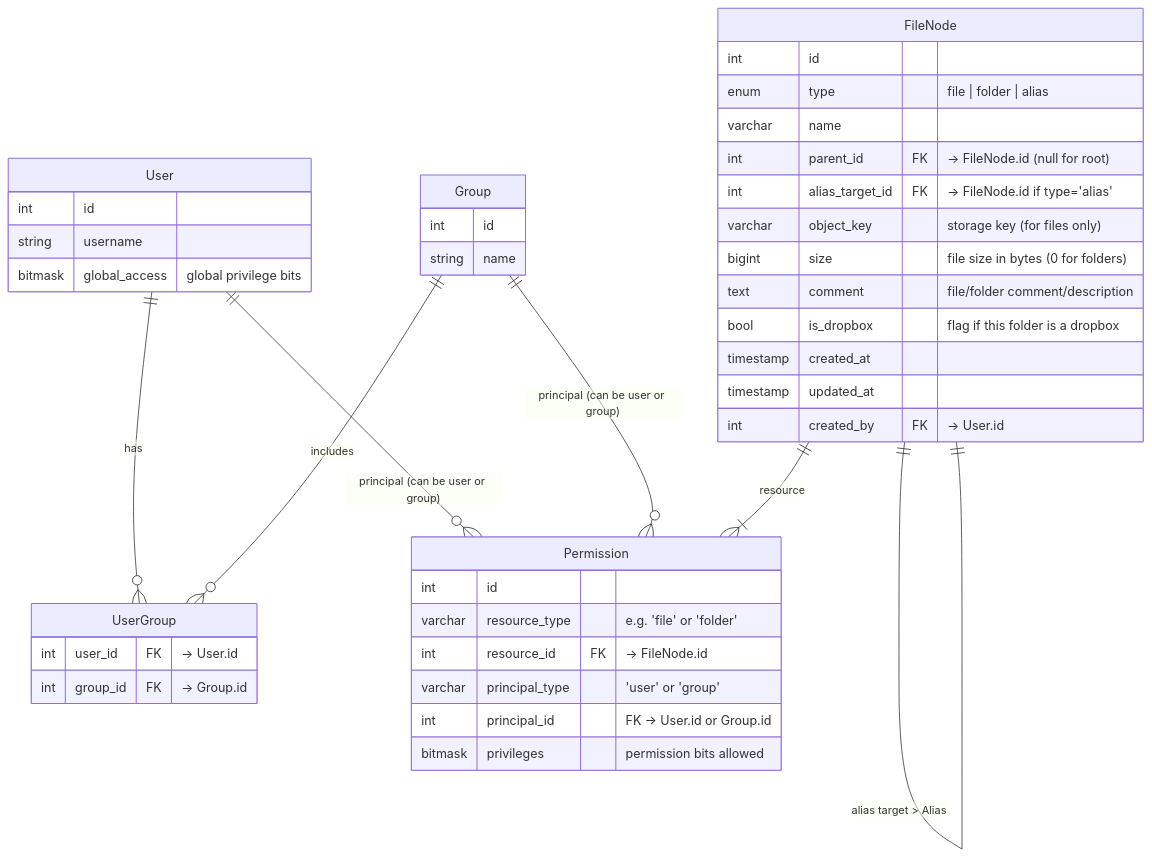
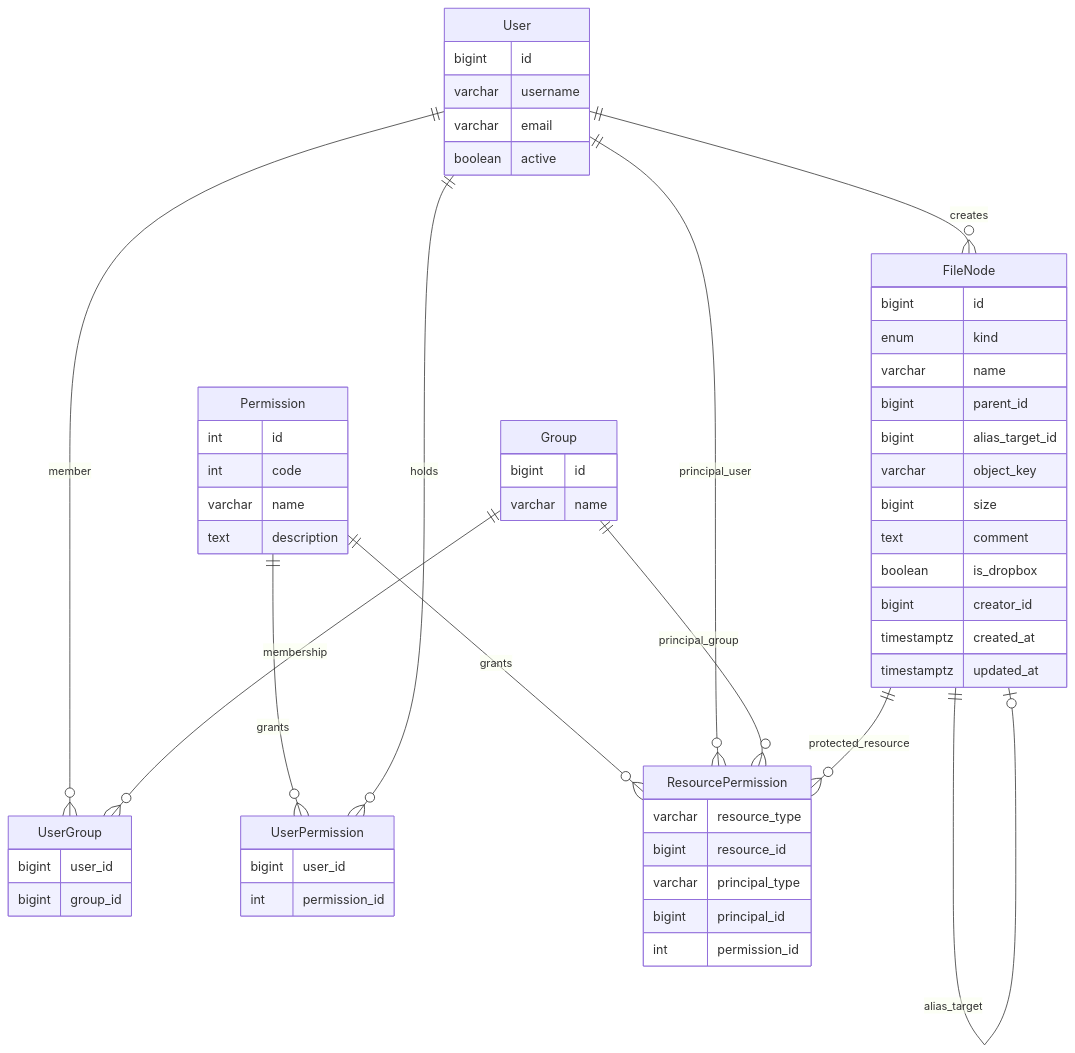
The diagram in docs/file-sharing-design.md (leynos/mxd), drawn with Mermaid before and after one commit. The commit also changed other lines of this file and 19 other files, not shown here.

First line of the commit message:
Implement file-node schema and ACL model

````diff
--- a/docs/file-sharing-design.md
+++ b/docs/file-sharing-design.md
@@ -102,47 +104,66 @@
 ```mermaid
 erDiagram
-    User ||--o{ UserGroup : has
-    Group ||--o{ UserGroup : includes
-    User ||--o{ Permission : "principal (can be user or group)"
-    Group ||--o{ Permission : "principal (can be user or group)"
-    FileNode ||--o{ FileNode : "contains > Children"
-    FileNode ||--|{ Permission : "resource"
-    FileNode ||--|| FileNode : "alias target > Alias"
-    
+    FileNode {
+        bigint id
+        enum kind
+        varchar name
+        bigint parent_id
+        bigint alias_target_id
+        varchar object_key
+        bigint size
+        text comment
+        boolean is_dropbox
+        bigint creator_id
+        timestamptz created_at
+        timestamptz updated_at
+    }
+
     User {
-        int id
-        string username
-        bitmask global_access "global privilege bits"
-        %% ... other fields ...
+        bigint id
+        varchar username
+        varchar email
+        boolean active
     }
+
     Group {
-        int id
-        string name
+        bigint id
+        varchar name
     }
+
     UserGroup {
-        int user_id FK "-> User.id"
-        int group_id FK "-> Group.id"
+        bigint user_id
+        bigint group_id
     }
-    FileNode {
-        int id
-        enum type "file | folder | alias"
-        varchar name
-        int parent_id FK "-> FileNode.id (null for root)"
-        int alias_target_id FK "-> FileNode.id if type='alias'"
-        varchar object_key "storage key (for files only)"
-        bigint size "file size in bytes (0 for folders)"
-        text comment "file/folder comment/description"
-        bool is_dropbox "flag if this folder is a dropbox"
-        timestamp created_at
-        timestamp updated_at
-        int created_by FK "-> User.id"
-    }
+
     Permission {
         int id
-        varchar resource_type "e.g. 'file' or 'folder'"
-        int resource_id FK "-> FileNode.id"
-        varchar principal_type "'user' or 'group'"
-        int principal_id "FK -> User.id or Group.id"
-        bitmask privileges "permission bits allowed"
+        int code
+        varchar name
+        text description
     }
+
+    UserPermission {
+        bigint user_id
+        int permission_id
+    }
+
+    ResourcePermission {
+        varchar resource_type
+        bigint resource_id
+        varchar principal_type
+        bigint principal_id
+        int permission_id
+    }
+
+    FileNode ||--o| FileNode : parent
+    FileNode ||--o| FileNode : alias_target
+    User ||--o{ FileNode : creates
+    User ||--o{ UserGroup : member
+    Group ||--o{ UserGroup : membership
+    Permission ||--o{ UserPermission : grants
+    User ||--o{ UserPermission : holds
+    Permission ||--o{ ResourcePermission : grants
+    User ||--o{ ResourcePermission : principal_user
+    Group ||--o{ ResourcePermission : principal_group
+    FileNode ||--o{ ResourcePermission : protected_resource
 ```
````
